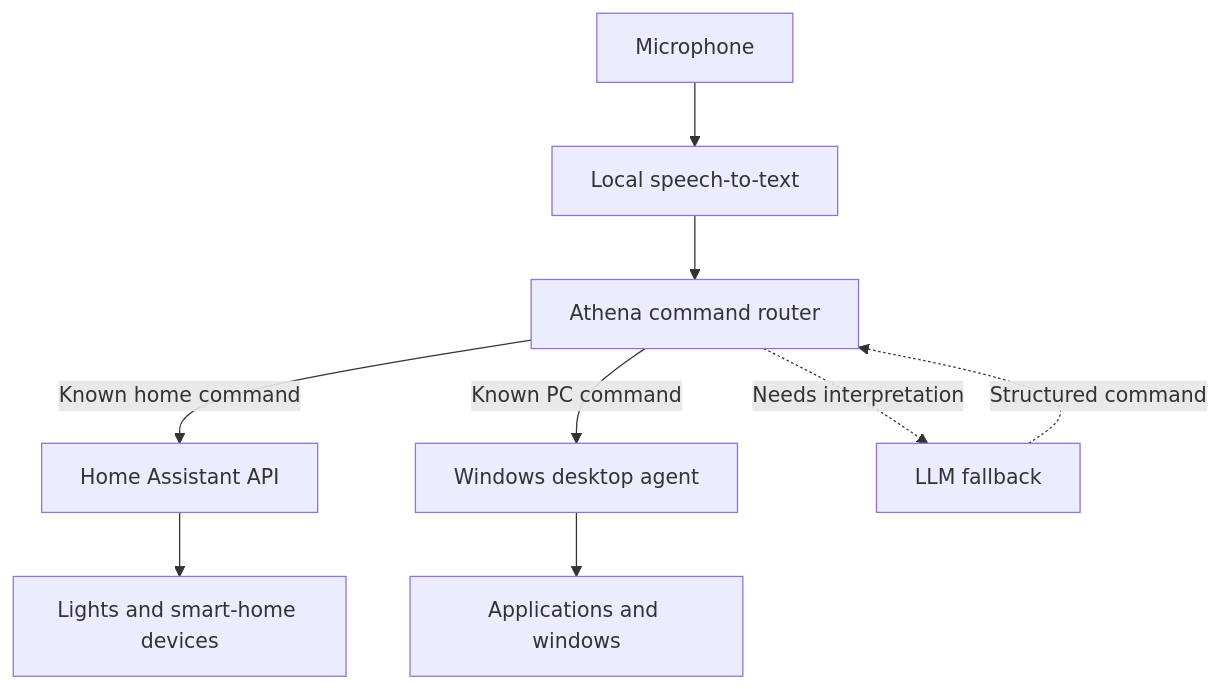
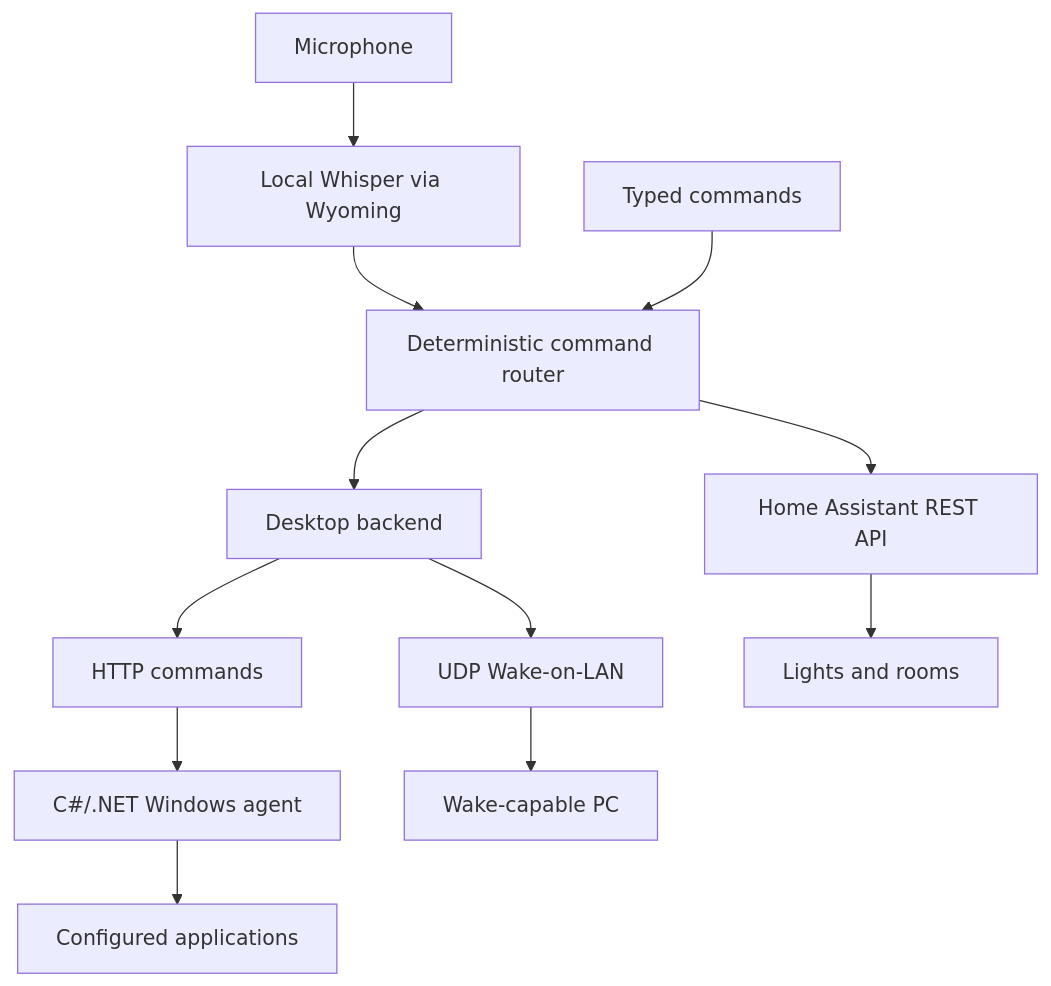
One commit to b-stha/athena changed the diagram in readme.md. Above: the diagram before and after it, drawn with Mermaid. The commit also changed other lines of this file and 1 other file, not shown here.

Commit message:
update readme for desktop client implementation

````diff
--- a/readme.md
+++ b/readme.md
@@ -9,11 +7,14 @@
 ```mermaid
 flowchart TD
-    Mic["Microphone"] --> STT["Local speech-to-text"]
-    STT --> Router["Athena command router"]
-    Router -->|Known home command| HA["Home Assistant API"]
-    Router -->|Known PC command| PC["Windows desktop agent"]
-    Router -.->|Needs interpretation| LLM["LLM fallback"]
-    LLM -.->|Structured command| Router
-    HA --> Devices["Lights and smart-home devices"]
-    PC --> Desktop["Applications and windows"]
+    Mic["Microphone"] --> STT["Local Whisper via Wyoming"]
+    STT --> Router["Deterministic command router"]
+    Text["Typed commands"] --> Router
+    Router --> HA["Home Assistant REST API"]
+    Router --> Backend["Desktop backend"]
+    Backend --> HTTP["HTTP commands"]
+    Backend --> WOL["UDP Wake-on-LAN"]
+    HA --> Lights["Lights and rooms"]
+    HTTP --> Desktop["C#/.NET Windows agent"]
+    Desktop --> Apps["Configured applications"]
+    WOL --> PC["Wake-capable PC"]
 ```
````
